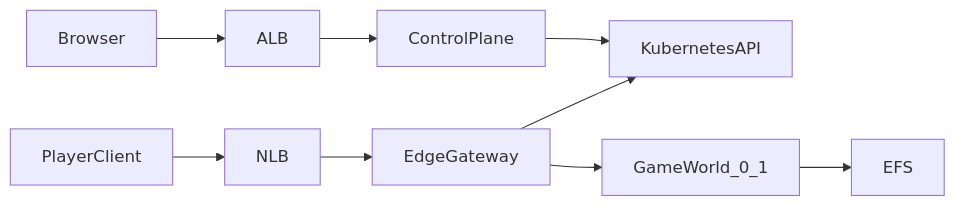
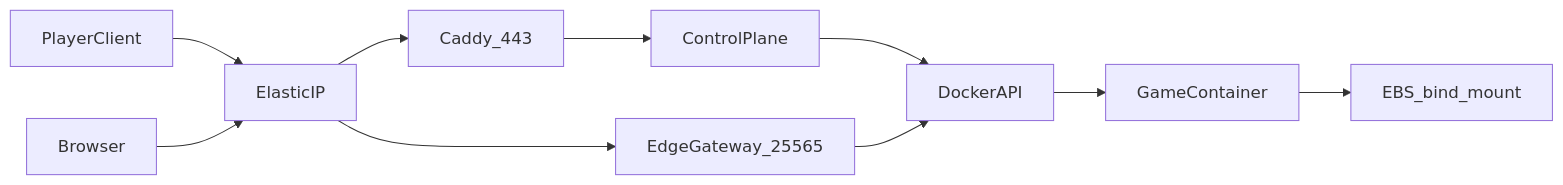
One commit to Bradfordly/bradfordly-games changed the diagram in docs/specs/system-overview.md. Above: the diagram before and after it, drawn with Mermaid. The commit also changed other lines of this file and 9 other files, not shown here.

````diff
--- a/docs/specs/system-overview.md
+++ b/docs/specs/system-overview.md
@@ -38,11 +40,12 @@
 ```mermaid
 flowchart LR
-  player[PlayerClient] --> nlb[NLB]
-  nlb --> gateway[EdgeGateway]
-  browser[Browser] --> alb[ALB]
-  alb --> panel[ControlPlane]
-  panel --> api[KubernetesAPI]
-  gateway --> api
-  gateway --> game[GameWorld_0_1]
-  game --> efs[EFS]
+  player[PlayerClient] --> eip[ElasticIP]
+  browser[Browser] --> eip
+  eip --> caddy[Caddy_443]
+  eip --> gateway[EdgeGateway_25565]
+  caddy --> panel[ControlPlane]
+  panel --> docker[DockerAPI]
+  gateway --> docker
+  docker --> game[GameContainer]
+  game --> ebs[EBS_bind_mount]
 ```
````
